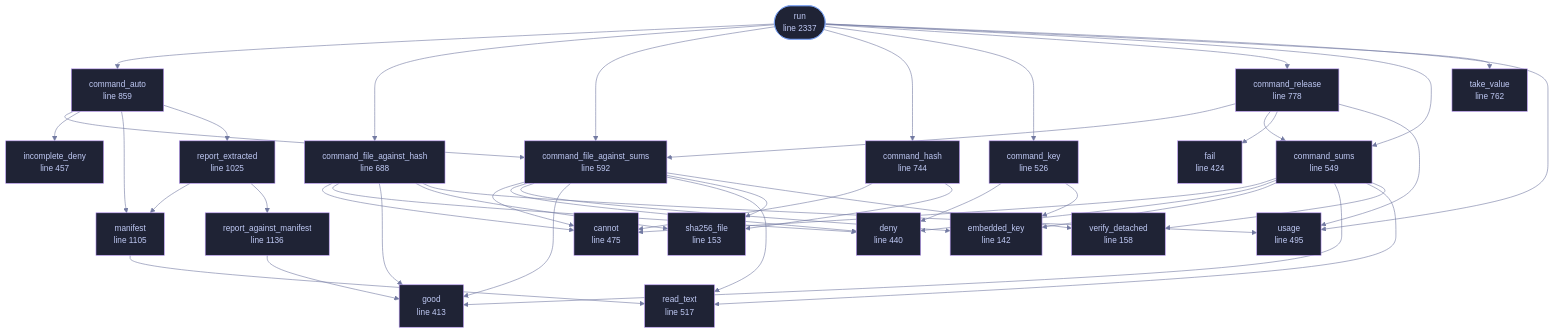
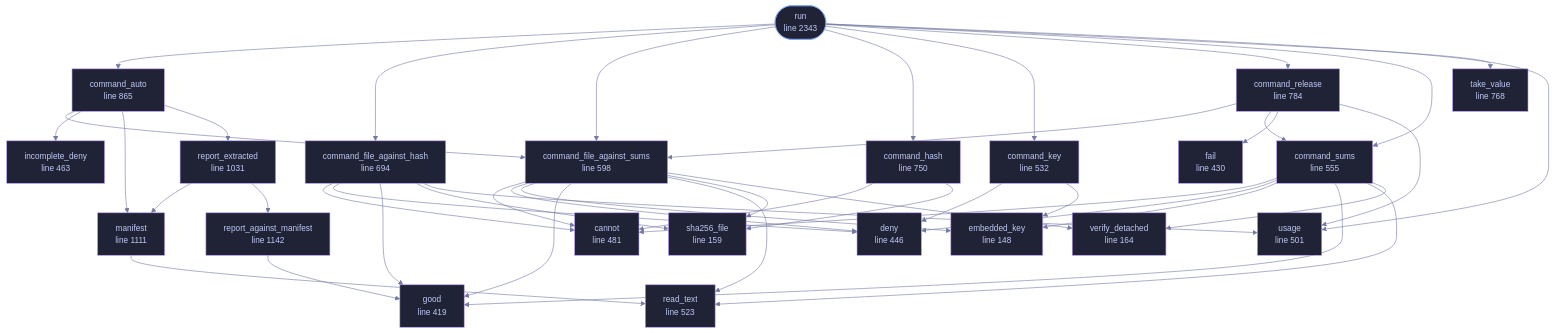
The diagram in docs/files/veilvoice-verify/lib.md (tilas01/veilvoice), drawn with Mermaid before and after one commit. The commit also changed other lines of this file and 72 other files, not shown here.

````diff
--- a/docs/files/veilvoice-verify/lib.md
+++ b/docs/files/veilvoice-verify/lib.md
@@ -113,28 +119,28 @@
 ```mermaid
 %%{init: {"theme":"base","themeVariables":{"background":"#1a1b26","primaryColor":"#1f2335","primaryTextColor":"#c0caf5","primaryBorderColor":"#7aa2f7","secondaryColor":"#16161e","tertiaryColor":"#16161e","lineColor":"#737aa2","textColor":"#c0caf5","mainBkg":"#1f2335","nodeBorder":"#7aa2f7","clusterBkg":"#16161e","clusterBorder":"#2f3549","fontFamily":"ui-monospace, SFMono-Regular, Consolas, monospace","fontSize":"14px"}}}%%
 flowchart TD
-    n_embedded_key["embedded_key<br/>line 142"]
-    n_sha256_file["sha256_file<br/>line 153"]
-    n_verify_detached["verify_detached<br/>line 158"]
-    n_good["good<br/>line 413"]
-    n_fail["fail<br/>line 424"]
-    n_deny["deny<br/>line 440"]
-    n_incomplete_deny["incomplete_deny<br/>line 457"]
-    n_cannot["cannot<br/>line 475"]
-    n_usage["usage<br/>line 495"]
-    n_read_text["read_text<br/>line 517"]
-    n_command_key["command_key<br/>line 526"]
-    n_command_sums["command_sums<br/>line 549"]
-    n_command_file_against_sums["command_file_against_sums<br/>line 592"]
-    n_command_file_against_hash["command_file_against_hash<br/>line 688"]
-    n_command_hash["command_hash<br/>line 744"]
-    n_take_value["take_value<br/>line 762"]
-    n_command_release["command_release<br/>line 778"]
-    n_command_auto["command_auto<br/>line 859"]
-    n_report_extracted["report_extracted<br/>line 1025"]
-    n_manifest["manifest<br/>line 1105"]
-    n_report_against_manifest["report_against_manifest<br/>line 1136"]
-    n_run(["run<br/>line 2337"])
+    n_embedded_key["embedded_key<br/>line 148"]
+    n_sha256_file["sha256_file<br/>line 159"]
+    n_verify_detached["verify_detached<br/>line 164"]
+    n_good["good<br/>line 419"]
+    n_fail["fail<br/>line 430"]
+    n_deny["deny<br/>line 446"]
+    n_incomplete_deny["incomplete_deny<br/>line 463"]
+    n_cannot["cannot<br/>line 481"]
+    n_usage["usage<br/>line 501"]
+    n_read_text["read_text<br/>line 523"]
+    n_command_key["command_key<br/>line 532"]
+    n_command_sums["command_sums<br/>line 555"]
+    n_command_file_against_sums["command_file_against_sums<br/>line 598"]
+    n_command_file_against_hash["command_file_against_hash<br/>line 694"]
+    n_command_hash["command_hash<br/>line 750"]
+    n_take_value["take_value<br/>line 768"]
+    n_command_release["command_release<br/>line 784"]
+    n_command_auto["command_auto<br/>line 865"]
+    n_report_extracted["report_extracted<br/>line 1031"]
+    n_manifest["manifest<br/>line 1111"]
+    n_report_against_manifest["report_against_manifest<br/>line 1142"]
+    n_run(["run<br/>line 2343"])
     n_command_auto --> n_command_file_against_sums
     n_command_auto --> n_incomplete_deny
     n_command_auto --> n_manifest
@@ -178,28 +184,28 @@
     n_run --> n_command_sums
     n_run --> n_take_value
     n_run --> n_usage
-    click n_embedded_key href "https://github.com/tilas01/veilvoice/blob/main/crates/veilvoice-verify/src/lib.rs#L142" "open the source"
-    click n_sha256_file href "https://github.com/tilas01/veilvoice/blob/main/crates/veilvoice-verify/src/lib.rs#L153" "open the source"
-    click n_verify_detached href "https://github.com/tilas01/veilvoice/blob/main/crates/veilvoice-verify/src/lib.rs#L158" "open the source"
-    click n_good href "https://github.com/tilas01/veilvoice/blob/main/crates/veilvoice-verify/src/lib.rs#L413" "open the source"
-    click n_fail href "https://github.com/tilas01/veilvoice/blob/main/crates/veilvoice-verify/src/lib.rs#L424" "open the source"
-    click n_deny href "https://github.com/tilas01/veilvoice/blob/main/crates/veilvoice-verify/src/lib.rs#L440" "open the source"
-    click n_incomplete_deny href "https://github.com/tilas01/veilvoice/blob/main/crates/veilvoice-verify/src/lib.rs#L457" "open the source"
-    click n_cannot href "https://github.com/tilas01/veilvoice/blob/main/crates/veilvoice-verify/src/lib.rs#L475" "open the source"
-    click n_usage href "https://github.com/tilas01/veilvoice/blob/main/crates/veilvoice-verify/src/lib.rs#L495" "open the source"
-    click n_read_text href "https://github.com/tilas01/veilvoice/blob/main/crates/veilvoice-verify/src/lib.rs#L517" "open the source"
-    click n_command_key href "https://github.com/tilas01/veilvoice/blob/main/crates/veilvoice-verify/src/lib.rs#L526" "open the source"
-    click n_command_sums href "https://github.com/tilas01/veilvoice/blob/main/crates/veilvoice-verify/src/lib.rs#L549" "open the source"
-    click n_command_file_against_sums href "https://github.com/tilas01/veilvoice/blob/main/crates/veilvoice-verify/src/lib.rs#L592" "open the source"
-    click n_command_file_against_hash href "https://github.com/tilas01/veilvoice/blob/main/crates/veilvoice-verify/src/lib.rs#L688" "open the source"
-    click n_command_hash href "https://github.com/tilas01/veilvoice/blob/main/crates/veilvoice-verify/src/lib.rs#L744" "open the source"
-    click n_take_value href "https://github.com/tilas01/veilvoice/blob/main/crates/veilvoice-verify/src/lib.rs#L762" "open the source"
-    click n_command_release href "https://github.com/tilas01/veilvoice/blob/main/crates/veilvoice-verify/src/lib.rs#L778" "open the source"
-    click n_command_auto href "https://github.com/tilas01/veilvoice/blob/main/crates/veilvoice-verify/src/lib.rs#L859" "open the source"
-    click n_report_extracted href "https://github.com/tilas01/veilvoice/blob/main/crates/veilvoice-verify/src/lib.rs#L1025" "open the source"
-    click n_manifest href "https://github.com/tilas01/veilvoice/blob/main/crates/veilvoice-verify/src/lib.rs#L1105" "open the source"
-    click n_report_against_manifest href "https://github.com/tilas01/veilvoice/blob/main/crates/veilvoice-verify/src/lib.rs#L1136" "open the source"
-    click n_run href "https://github.com/tilas01/veilvoice/blob/main/crates/veilvoice-verify/src/lib.rs#L2337" "open the source"
+    click n_embedded_key href "https://github.com/tilas01/veilvoice/blob/main/crates/veilvoice-verify/src/lib.rs#L148" "open the source"
+    click n_sha256_file href "https://github.com/tilas01/veilvoice/blob/main/crates/veilvoice-verify/src/lib.rs#L159" "open the source"
+    click n_verify_detached href "https://github.com/tilas01/veilvoice/blob/main/crates/veilvoice-verify/src/lib.rs#L164" "open the source"
+    click n_good href "https://github.com/tilas01/veilvoice/blob/main/crates/veilvoice-verify/src/lib.rs#L419" "open the source"
+    click n_fail href "https://github.com/tilas01/veilvoice/blob/main/crates/veilvoice-verify/src/lib.rs#L430" "open the source"
+    click n_deny href "https://github.com/tilas01/veilvoice/blob/main/crates/veilvoice-verify/src/lib.rs#L446" "open the source"
+    click n_incomplete_deny href "https://github.com/tilas01/veilvoice/blob/main/crates/veilvoice-verify/src/lib.rs#L463" "open the source"
+    click n_cannot href "https://github.com/tilas01/veilvoice/blob/main/crates/veilvoice-verify/src/lib.rs#L481" "open the source"
+    click n_usage href "https://github.com/tilas01/veilvoice/blob/main/crates/veilvoice-verify/src/lib.rs#L501" "open the source"
+    click n_read_text href "https://github.com/tilas01/veilvoice/blob/main/crates/veilvoice-verify/src/lib.rs#L523" "open the source"
+    click n_command_key href "https://github.com/tilas01/veilvoice/blob/main/crates/veilvoice-verify/src/lib.rs#L532" "open the source"
+    click n_command_sums href "https://github.com/tilas01/veilvoice/blob/main/crates/veilvoice-verify/src/lib.rs#L555" "open the source"
+    click n_command_file_against_sums href "https://github.com/tilas01/veilvoice/blob/main/crates/veilvoice-verify/src/lib.rs#L598" "open the source"
+    click n_command_file_against_hash href "https://github.com/tilas01/veilvoice/blob/main/crates/veilvoice-verify/src/lib.rs#L694" "open the source"
+    click n_command_hash href "https://github.com/tilas01/veilvoice/blob/main/crates/veilvoice-verify/src/lib.rs#L750" "open the source"
+    click n_take_value href "https://github.com/tilas01/veilvoice/blob/main/crates/veilvoice-verify/src/lib.rs#L768" "open the source"
+    click n_command_release href "https://github.com/tilas01/veilvoice/blob/main/crates/veilvoice-verify/src/lib.rs#L784" "open the source"
+    click n_command_auto href "https://github.com/tilas01/veilvoice/blob/main/crates/veilvoice-verify/src/lib.rs#L865" "open the source"
+    click n_report_extracted href "https://github.com/tilas01/veilvoice/blob/main/crates/veilvoice-verify/src/lib.rs#L1031" "open the source"
+    click n_manifest href "https://github.com/tilas01/veilvoice/blob/main/crates/veilvoice-verify/src/lib.rs#L1111" "open the source"
+    click n_report_against_manifest href "https://github.com/tilas01/veilvoice/blob/main/crates/veilvoice-verify/src/lib.rs#L1142" "open the source"
+    click n_run href "https://github.com/tilas01/veilvoice/blob/main/crates/veilvoice-verify/src/lib.rs#L2343" "open the source"
     classDef entry fill:#1f2335,stroke:#7aa2f7,color:#c0caf5
     class n_run entry
     classDef helper fill:#1f2335,stroke:#bb9af7,color:#c0caf5
````
